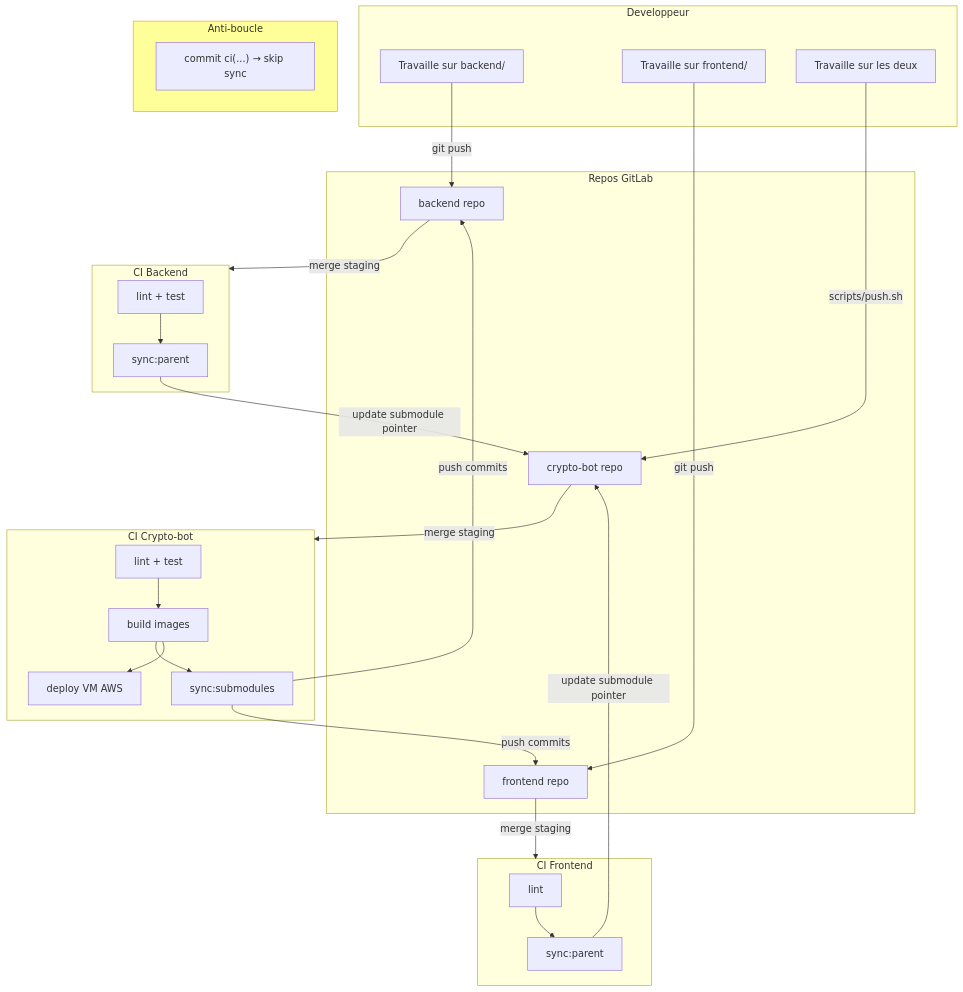
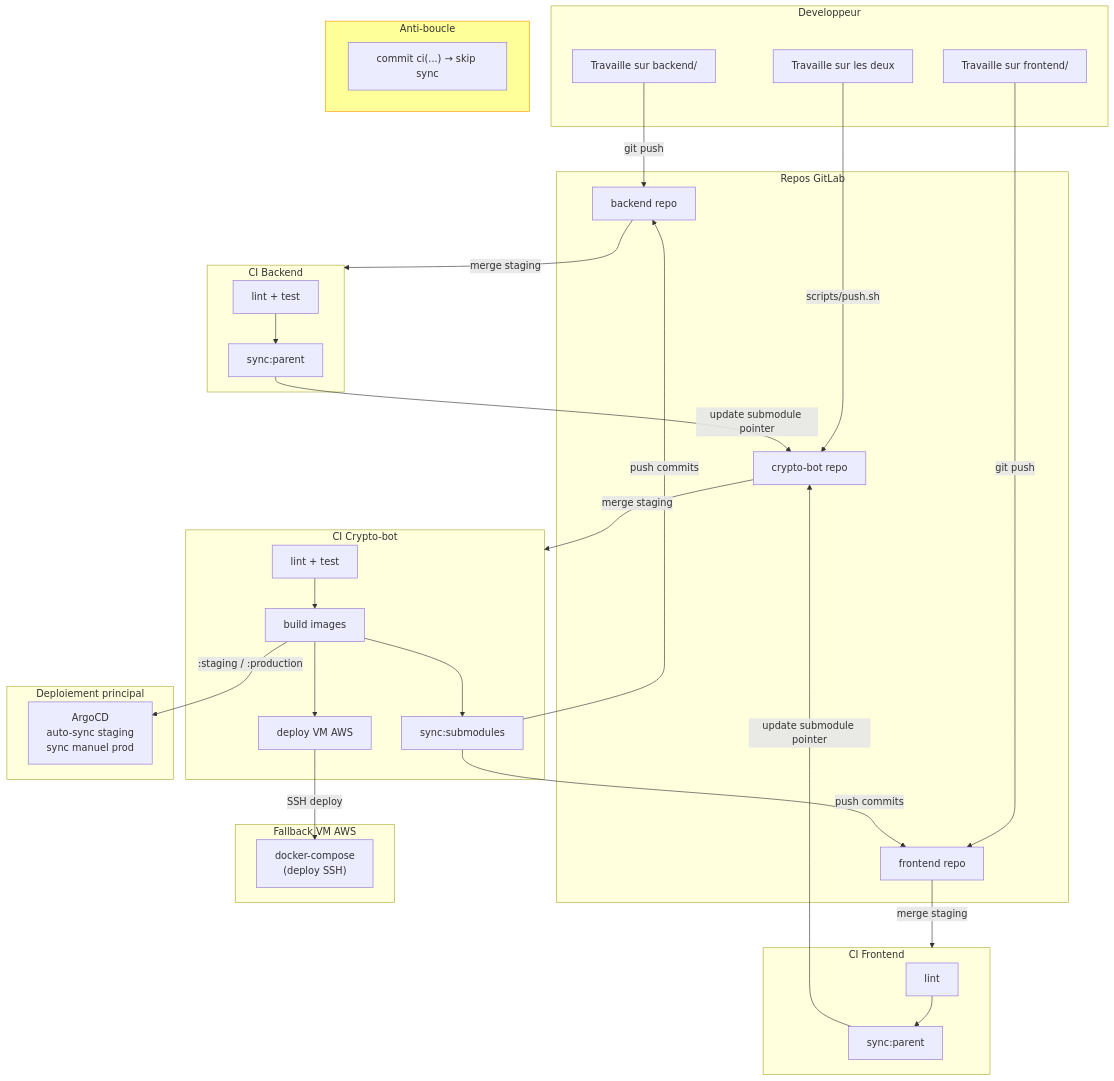
The first of 4 diagrams in docs/GIT_WORKFLOW.md (tawounfouet/rncp_crypto-bot-infra), drawn with Mermaid before and after one commit. The commit also changed other lines of this file and 5 other files, not shown here.

````diff
--- a/docs/GIT_WORKFLOW.md
+++ b/docs/GIT_WORKFLOW.md
@@ -29,57 +29,68 @@
 ```mermaid
 flowchart TB
     subgraph DEV["Developpeur"]
         D1[Travaille sur backend/]
         D2[Travaille sur frontend/]
         D3[Travaille sur les deux]
     end
 
     subgraph REPOS["Repos GitLab"]
         BE[backend repo]
         FE[frontend repo]
         CB[crypto-bot repo]
     end
 
     D1 -->|git push| BE
     D2 -->|git push| FE
     D3 -->|scripts/push.sh| CB
 
     subgraph CI_BE["CI Backend"]
         BE_TEST[lint + test]
         BE_SYNC[sync:parent]
     end
 
     subgraph CI_FE["CI Frontend"]
         FE_TEST[lint]
         FE_SYNC[sync:parent]
     end
 
     subgraph CI_CB["CI Crypto-bot"]
         CB_TEST[lint + test]
         CB_BUILD[build images]
         CB_SYNC[sync:submodules]
         CB_DEPLOY[deploy VM AWS]
     end
 
     BE -->|merge staging| CI_BE
     FE -->|merge staging| CI_FE
     CB -->|merge staging| CI_CB
 
     BE_TEST --> BE_SYNC
     FE_TEST --> FE_SYNC
 
     BE_SYNC -->|"update submodule pointer"| CB
     FE_SYNC -->|"update submodule pointer"| CB
 
     CB_TEST --> CB_BUILD
     CB_BUILD --> CB_SYNC
     CB_SYNC -->|"push commits"| BE
     CB_SYNC -->|"push commits"| FE
     CB_BUILD --> CB_DEPLOY
 
+    subgraph K8S["Deploiement principal"]
+        ARGOCD_NODE["ArgoCD<br/>auto-sync staging<br/>sync manuel prod"]
+    end
+
+    subgraph FALLBACK["Fallback VM AWS"]
+        DOCKER["docker-compose<br/>(deploy SSH)"]
+    end
+
+    CB_BUILD -->|":staging / :production"| ARGOCD_NODE
+    CB_DEPLOY -->|"SSH deploy"| DOCKER
+
     subgraph ANTIBOUCLE["Anti-boucle"]
         RULE["commit ci(...) → skip sync"]
     end
 
     style ANTIBOUCLE fill:#ff9,stroke:#f90
 ```
````
